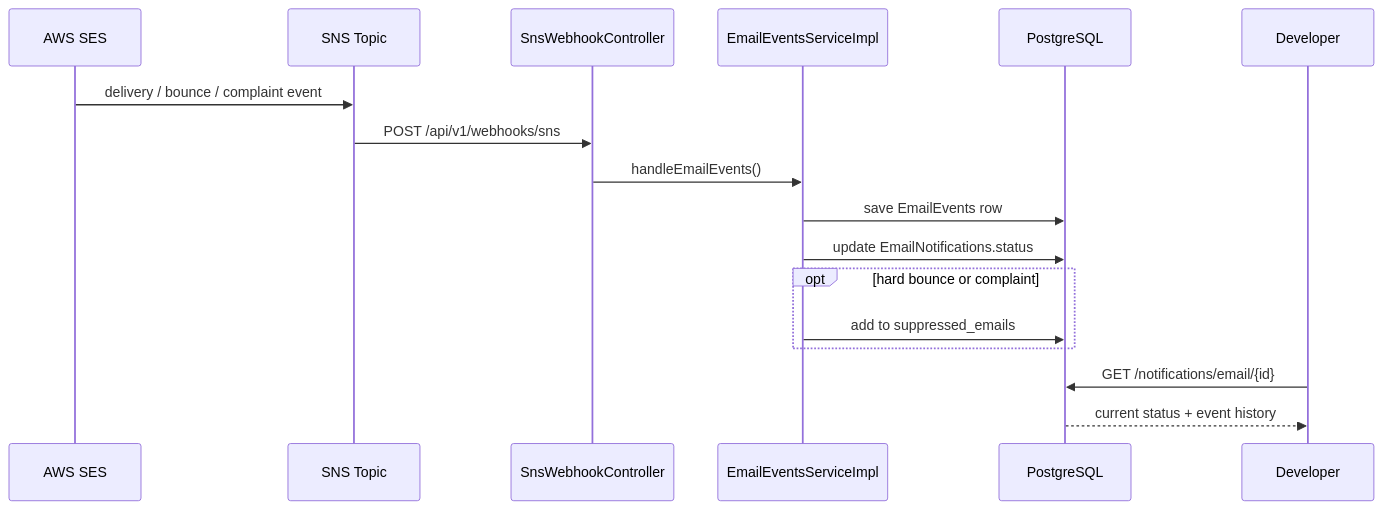
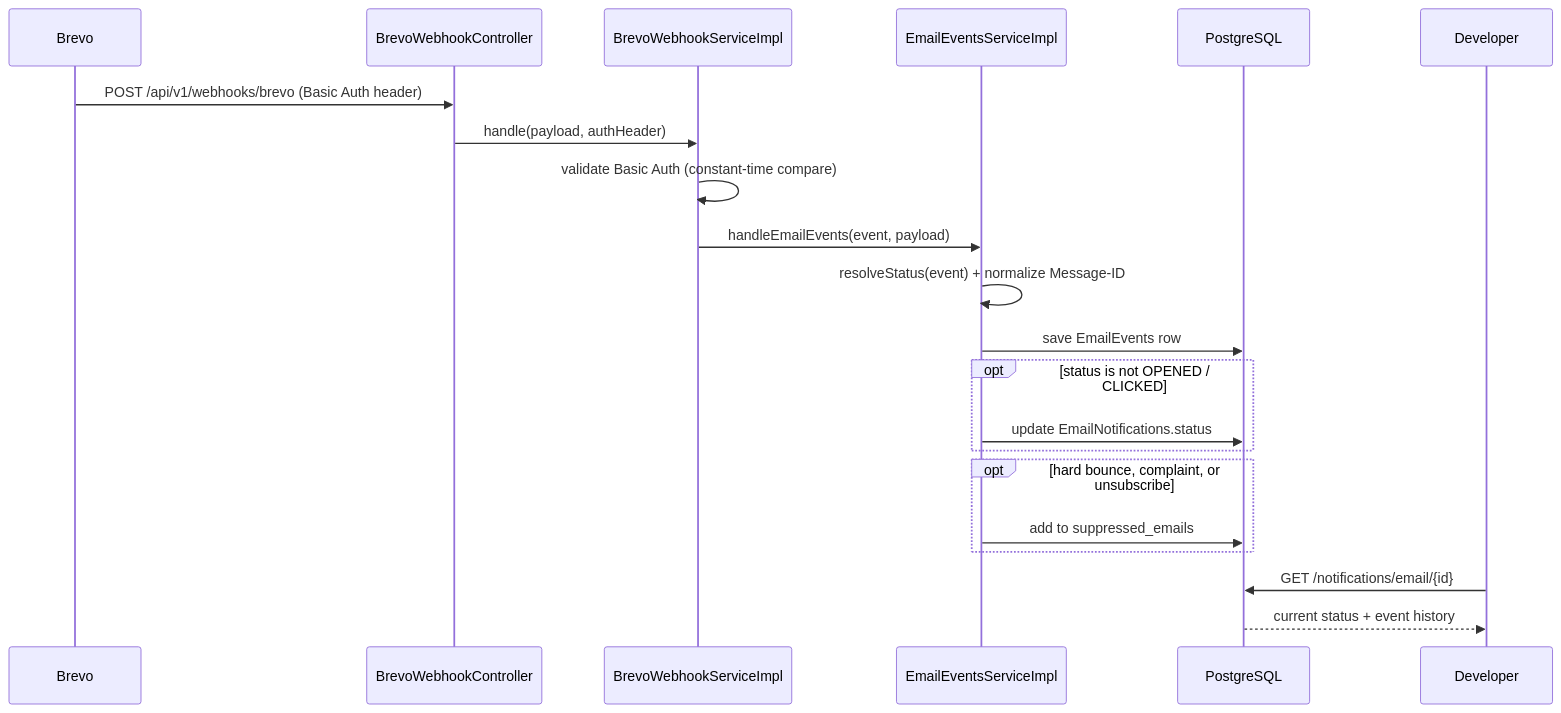
Before and after one commit to Kiranvora17/noticore-api: the fourth of 9 diagrams in README.md, drawn with Mermaid. The commit also changed other lines of this file, not shown here.

First line of the commit message:
Update README to reflect Brevo migration and new pre-release features

````diff
--- a/README.md
+++ b/README.md
@@ -190,20 +202,24 @@
 ```mermaid
 sequenceDiagram
-    participant SES as AWS SES
-    participant SNS as SNS Topic
-    participant Web as SnsWebhookController
+    participant Brevo as Brevo
+    participant Web as BrevoWebhookController
+    participant WebSvc as BrevoWebhookServiceImpl
     participant Evt as EmailEventsServiceImpl
     participant DB as PostgreSQL
     participant Dev as Developer
 
-    SES->>SNS: delivery / bounce / complaint event
-    SNS->>Web: POST /api/v1/webhooks/sns
-    Web->>Evt: handleEmailEvents()
+    Brevo->>Web: POST /api/v1/webhooks/brevo (Basic Auth header)
+    Web->>WebSvc: handle(payload, authHeader)
+    WebSvc->>WebSvc: validate Basic Auth (constant-time compare)
+    WebSvc->>Evt: handleEmailEvents(event, payload)
+    Evt->>Evt: resolveStatus(event) + normalize Message-ID
     Evt->>DB: save EmailEvents row
-    Evt->>DB: update EmailNotifications.status
-    opt hard bounce or complaint
+    opt status is not OPENED / CLICKED
+        Evt->>DB: update EmailNotifications.status
+    end
+    opt hard bounce, complaint, or unsubscribe
         Evt->>DB: add to suppressed_emails
     end
     Dev->>DB: GET /notifications/email/{id}
     DB-->>Dev: current status + event history
 ```
````
